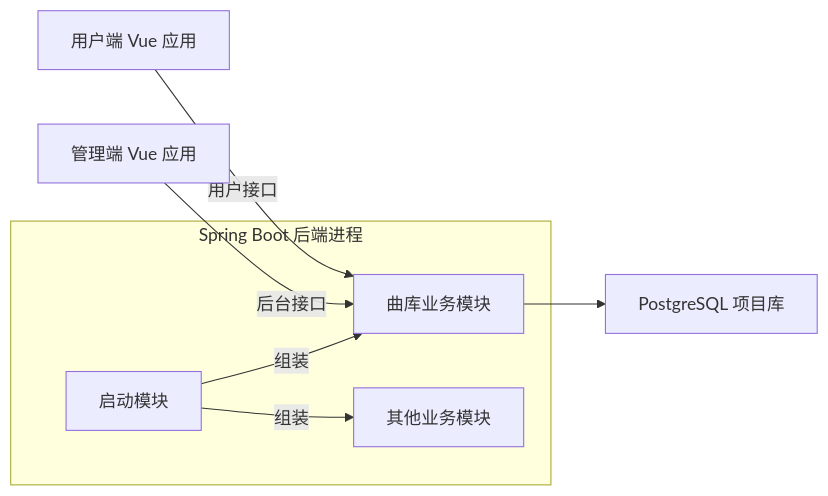
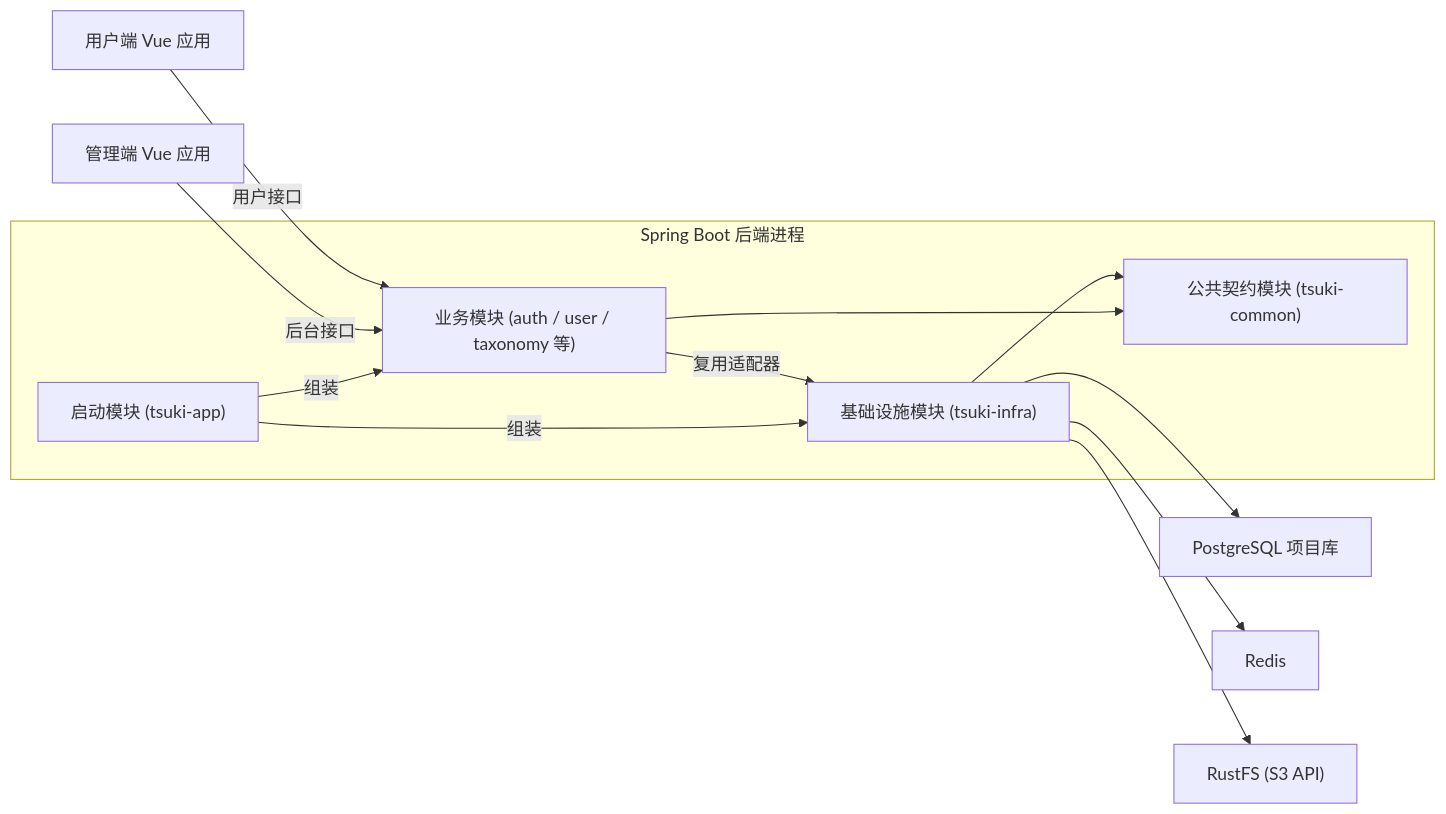
Before and after one commit to 0Elaina/tsuki: the diagram in docs/01-project-overview.md, drawn with Mermaid. The commit also changed other lines of this file and 1 other file, not shown here.

Commit message:
docs(infra): 补充模块职责边界与 RustFS 配置说明

````diff
--- a/docs/01-project-overview.md
+++ b/docs/01-project-overview.md
@@ -9,10 +14,15 @@
 ```mermaid
 flowchart LR
     subgraph Server["Spring Boot 后端进程"]
-        App["启动模块"] -->|组装| Catalog["曲库业务模块"]
-        App -->|组装| Business["其他业务模块"]
+        App["启动模块 (tsuki-app)"] -->|组装| Business["业务模块 (auth / user / taxonomy 等)"]
+        App -->|组装| Infra["基础设施模块 (tsuki-infra)"]
+        Business -->|复用适配器| Infra
+        Business --> Common["公共契约模块 (tsuki-common)"]
+        Infra --> Common
     end
-    Admin["管理端 Vue 应用"] -->|后台接口| Catalog
-    User["用户端 Vue 应用"] -->|用户接口| Catalog
-    Catalog --> Postgres["PostgreSQL 项目库"]
+    Admin["管理端 Vue 应用"] -->|后台接口| Business
+    User["用户端 Vue 应用"] -->|用户接口| Business
+    Infra --> Postgres["PostgreSQL 项目库"]
+    Infra --> Redis["Redis"]
+    Infra --> RustFS["RustFS (S3 API)"]
 ```
````
